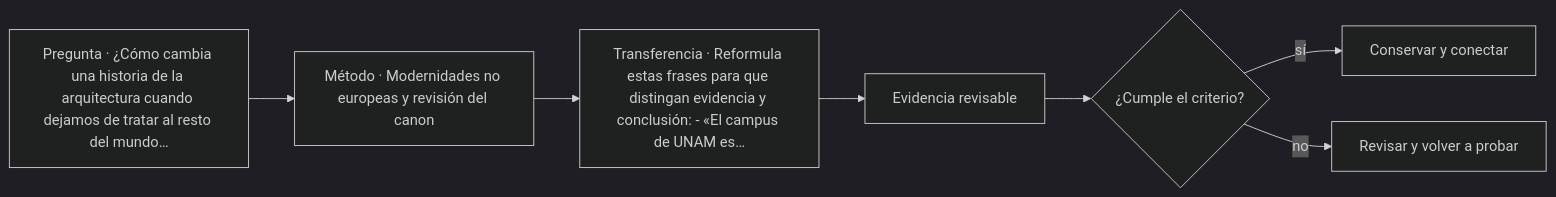
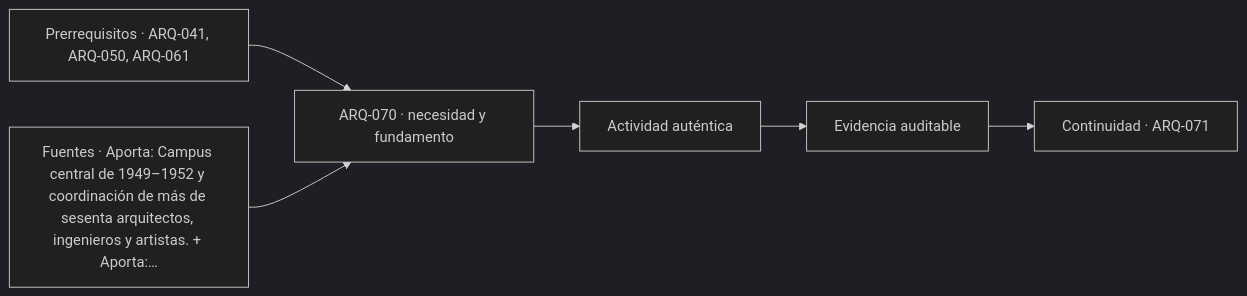
The diagram in classes/parte-07/ARQ-070.md (vladimiracunadev-create/architecture-built-environment-learning-program), drawn with Mermaid (dark theme) before and after one commit. The commit also changed other lines of this file and 761 other files, not shown here.

````diff
--- a/classes/parte-07/ARQ-070.md
+++ b/classes/parte-07/ARQ-070.md
@@ -136,9 +148,8 @@
 ```mermaid
 flowchart LR
-    Q["Pregunta · ¿Cómo cambia una historia de la arquitectura cuando dejamos de tratar al resto del mundo…"] --> M["Método · Modernidades no europeas y revisión del canon"]
-    M --> P["Transferencia · Reformula estas frases para que distingan evidencia y conclusión: - «El campus de UNAM es…"]
-    P --> E["Evidencia revisable"]
-    E --> C{"¿Cumple el criterio?"}
-    C -->|sí| T["Conservar y conectar"]
-    C -->|no| R["Revisar y volver a probar"]
+    A["Prerrequisitos · ARQ-041, ARQ-050, ARQ-061"] --> B["ARQ-070 · necesidad y fundamento"]
+    S["Fuentes · Aporta: Campus central de 1949–1952 y coordinación de más de sesenta arquitectos, ingenieros y artistas. + Aporta:…"] --> B
+    B --> C["Actividad auténtica"]
+    C --> D["Evidencia auditable"]
+    D --> E["Continuidad · ARQ-071"]
 ```
````
